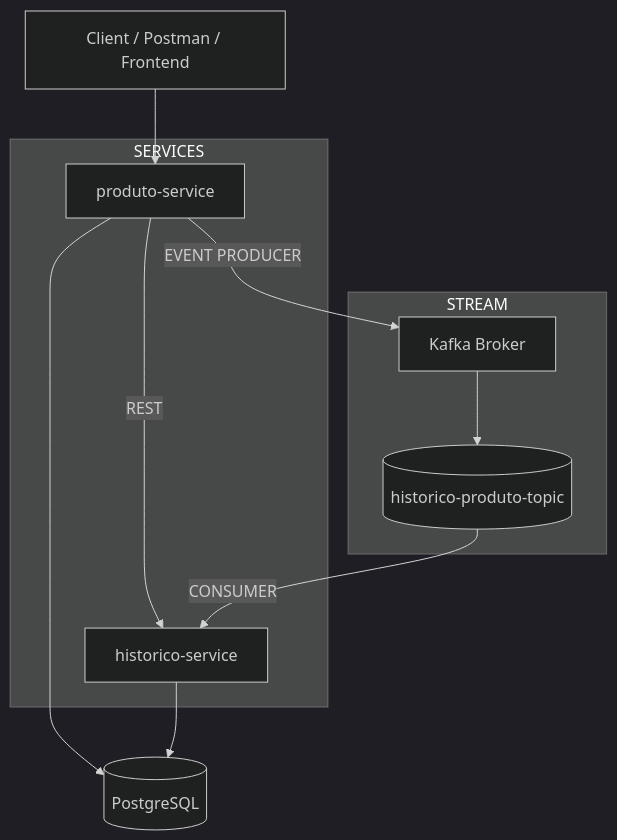
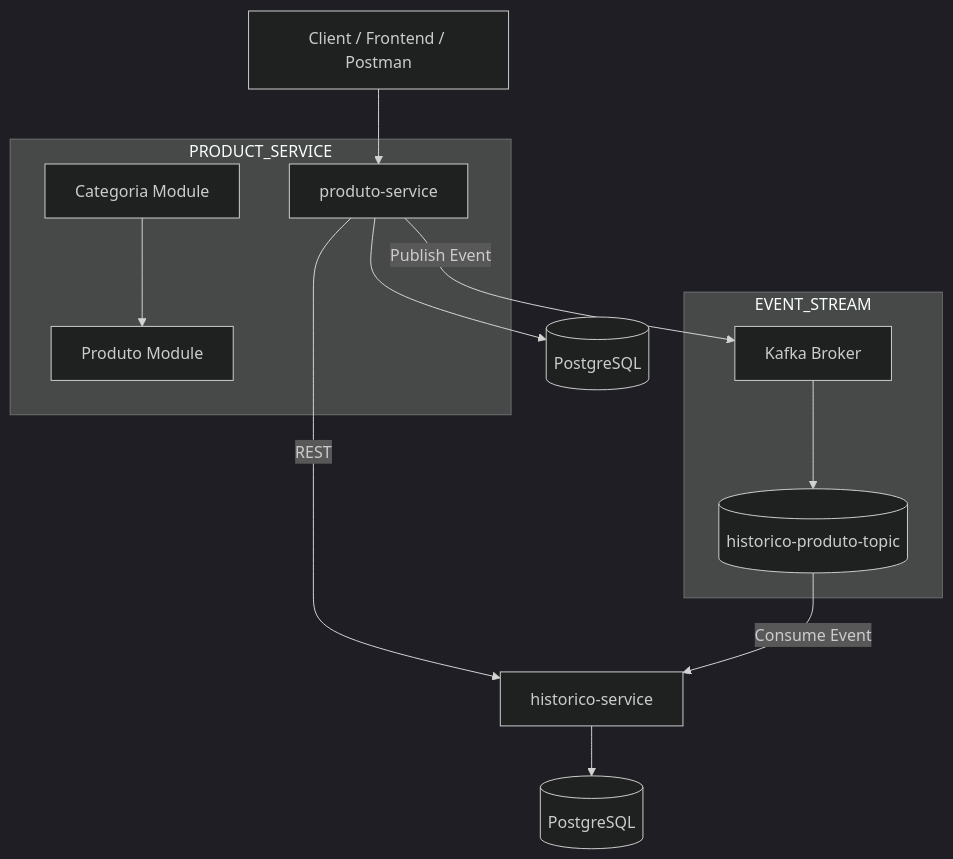
One commit to SilvioVieiraFilho/inventory-microservices changed the diagram in README.md. Above: the diagram before and after it, drawn with Mermaid (dark theme). The commit also changed other lines of this file and 17 other files, not shown here.

````diff
--- a/README.md
+++ b/README.md
@@ -44,27 +47,38 @@
 ```mermaid
 flowchart TB
 
-CLIENT[Client / Postman / Frontend]
+CLIENT[Client / Frontend / Postman]
 
-subgraph SERVICES
+subgraph PRODUCT_SERVICE
     PROD[produto-service]
-    HIST[historico-service]
+
+    CAT[Categoria Module]
+    PRODUCT[Produto Module]
+
+    CAT --> PRODUCT
 end
 
-subgraph STREAM
+subgraph EVENT_STREAM
     KAFKA[Kafka Broker]
     TOPIC[(historico-produto-topic)]
 end
 
-DB[(PostgreSQL)]
+HIST[historico-service]
+
+DB1[(PostgreSQL)]
+DB2[(PostgreSQL)]
 
 CLIENT --> PROD
 
+PROD --> DB1
+
 PROD -->|REST| HIST
-PROD -->|EVENT PRODUCER| KAFKA
+
+PROD -->|Publish Event| KAFKA
+
 KAFKA --> TOPIC
-TOPIC -->|CONSUMER| HIST
 
-PROD --> DB
-HIST --> DB
+TOPIC -->|Consume Event| HIST
+
+HIST --> DB2
 ```
````
